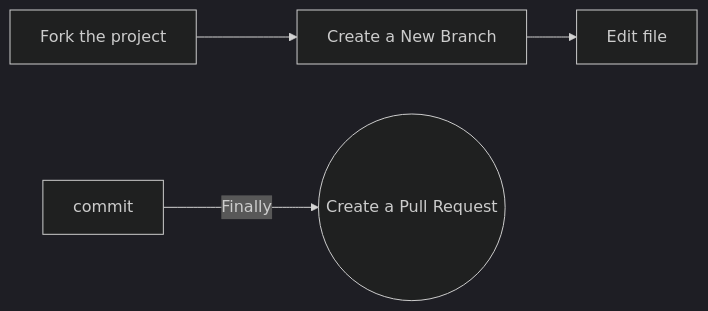
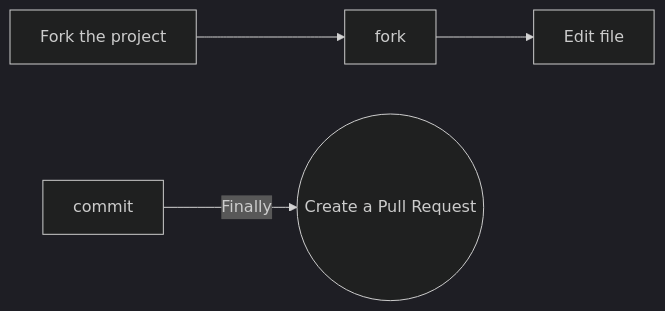
The diagram in README.md (ArmanKumar21/python-cpp-html-programs-projects), drawn with Mermaid (dark theme) before and after one commit.

````diff
--- a/README.md
+++ b/README.md
@@ -25,7 +25,7 @@
 ```mermaid
 flowchart LR
-    Fork[Fork the project]-->branch[Create a New Branch]
-    branch-->Edit[Edit file]
+    Fork[Fork the project]-->
+    fork-->Edit[Edit file]
     commit -->|Finally|creatpr((Create a Pull Request))
     
  ```
````
